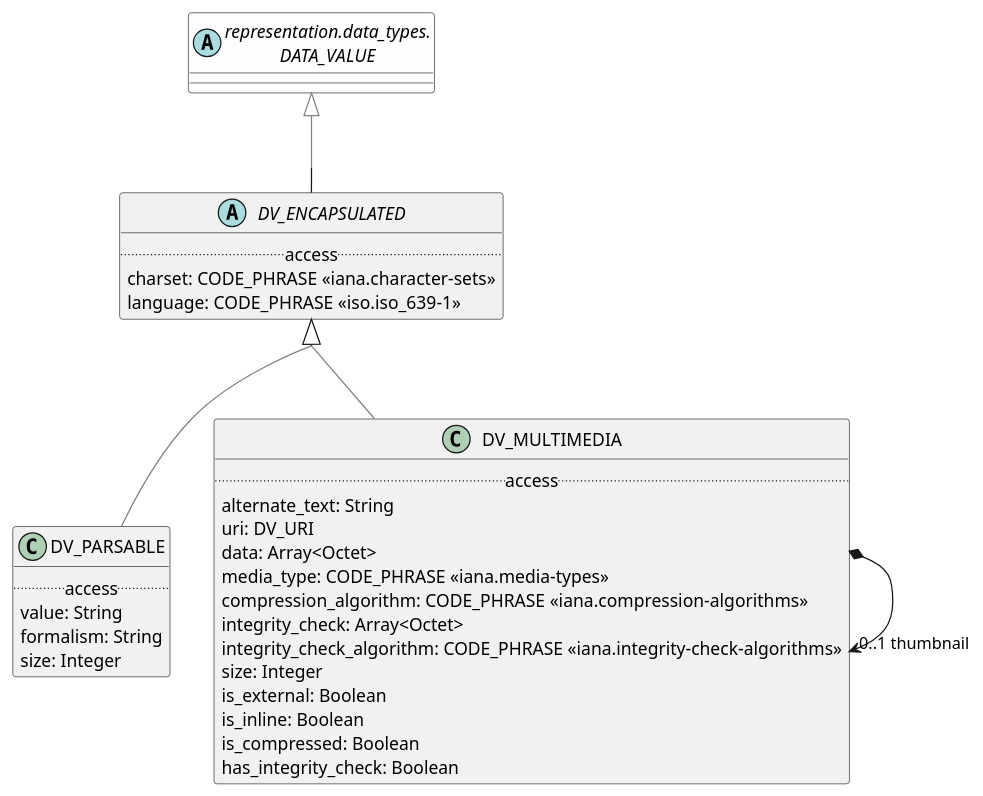
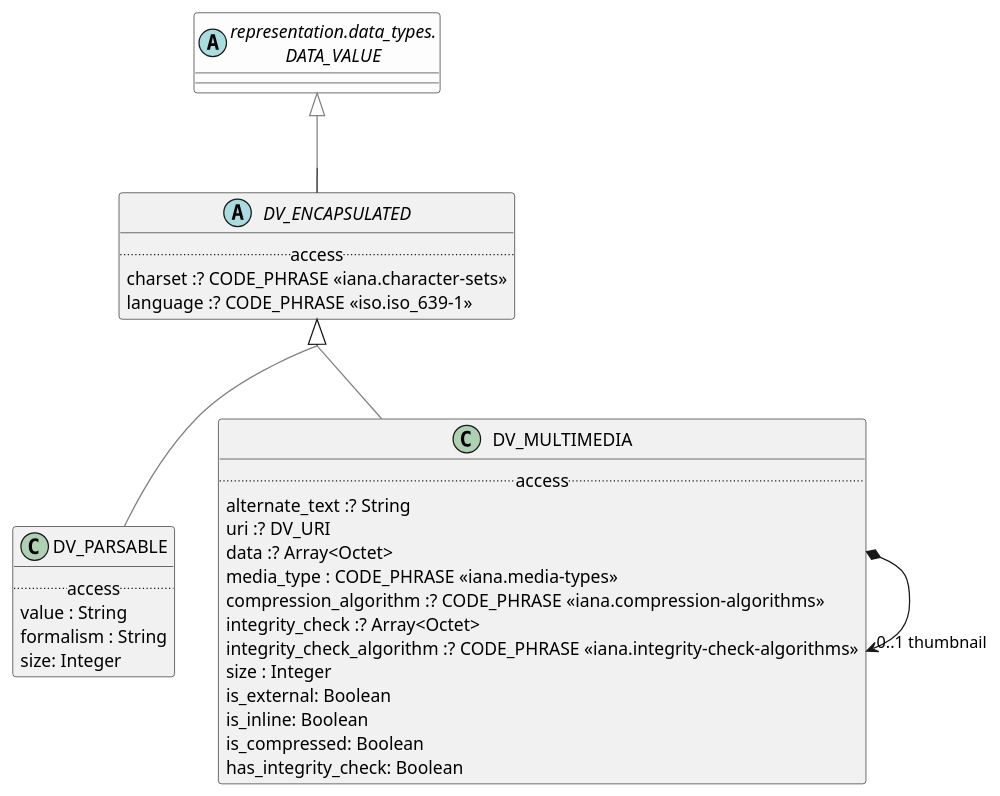
The diagram in modules/ROOT/examples/bmm/representation/data_types/encapsulated/encapsulated-package-uml.adoc (wolandscat/openehr-doc), drawn with PlantUML before and after one commit. The commit also changed 1814 other files, not shown here.

```diff
--- a/modules/ROOT/examples/bmm/representation/data_types/encapsulated/encapsulated-package-uml.adoc
+++ b/modules/ROOT/examples/bmm/representation/data_types/encapsulated/encapsulated-package-uml.adoc
@@ -3,49 +3,49 @@
 [plantuml,opts=interactive,link=self]
 ....
 skinparam groupInheritance 2
 skinparam citedClassColor #FDFDFD
 
 
 abstract class DV_ENCAPSULATED [[/openehr-doc/latest/representation/data_types-gen.html#_class_dv_encapsulated]] {
         .. access ..
-        charset: CODE_PHRASE «iana.character-sets»
-        language: CODE_PHRASE «iso.iso_639-1»
+        charset :? CODE_PHRASE «iana.character-sets»
+        language :? CODE_PHRASE «iso.iso_639-1»
 }
 
 DV_ENCAPSULATED -[#gray]up-|> DATA_VALUE  
 
 
 class DV_PARSABLE [[/openehr-doc/latest/representation/data_types-gen.html#_class_dv_parsable]] {
         .. access ..
-        value: String
-        formalism: String
+        value : String
+        formalism : String
         size: Integer
 }
 
 DV_PARSABLE -[#gray]up-|> DV_ENCAPSULATED  
 
 
 class DV_MULTIMEDIA [[/openehr-doc/latest/representation/data_types-gen.html#_class_dv_multimedia]] {
         .. access ..
-        alternate_text: String
-        uri: DV_URI
-        data: Array<Octet>
-        media_type: CODE_PHRASE «iana.media-types»
-        compression_algorithm: CODE_PHRASE «iana.compression-algorithms»
-        integrity_check: Array<Octet>
-        integrity_check_algorithm: CODE_PHRASE «iana.integrity-check-algorithms»
-        size: Integer
+        alternate_text :? String
+        uri :? DV_URI
+        data :? Array<Octet>
+        media_type : CODE_PHRASE «iana.media-types»
+        compression_algorithm :? CODE_PHRASE «iana.compression-algorithms»
+        integrity_check :? Array<Octet>
+        integrity_check_algorithm :? CODE_PHRASE «iana.integrity-check-algorithms»
+        size : Integer
         is_external: Boolean
         is_inline: Boolean
         is_compressed: Boolean
         has_integrity_check: Boolean
 }
 
 DV_MULTIMEDIA -[#gray]up-|> DV_ENCAPSULATED  
 
 
 DV_MULTIMEDIA *--> "0..1 thumbnail" DV_MULTIMEDIA
 abstract class "representation.data_types.\nDATA_VALUE" as DATA_VALUE  [[/openehr-doc/latest/representation/data_types-gen.html#_class_data_value]] #FDFDFD {
 }
 
 ....
```
